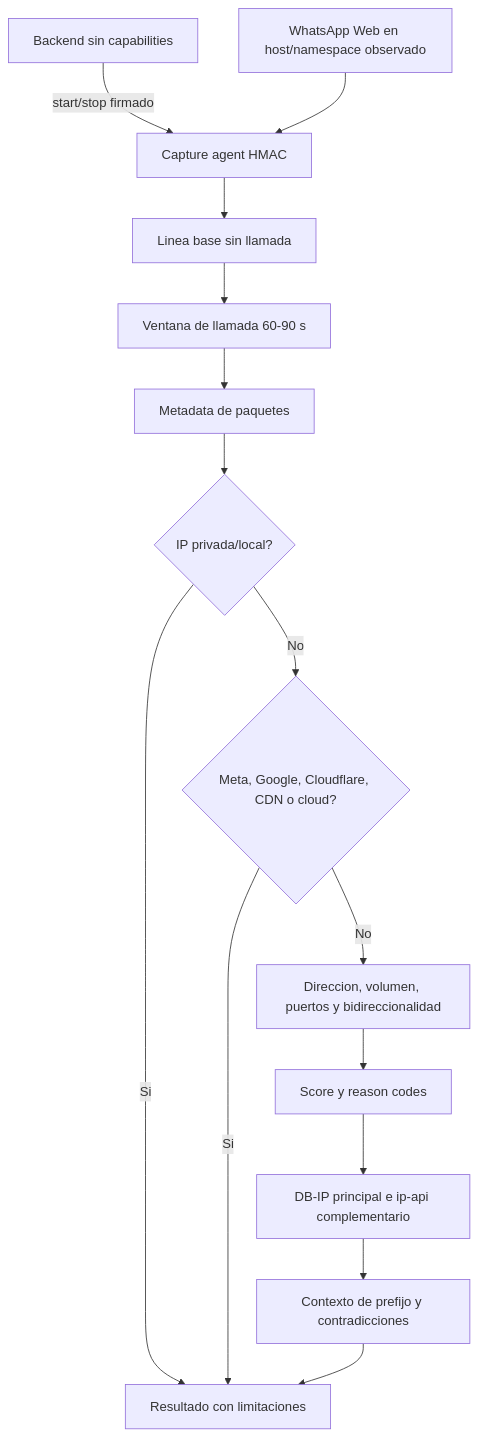
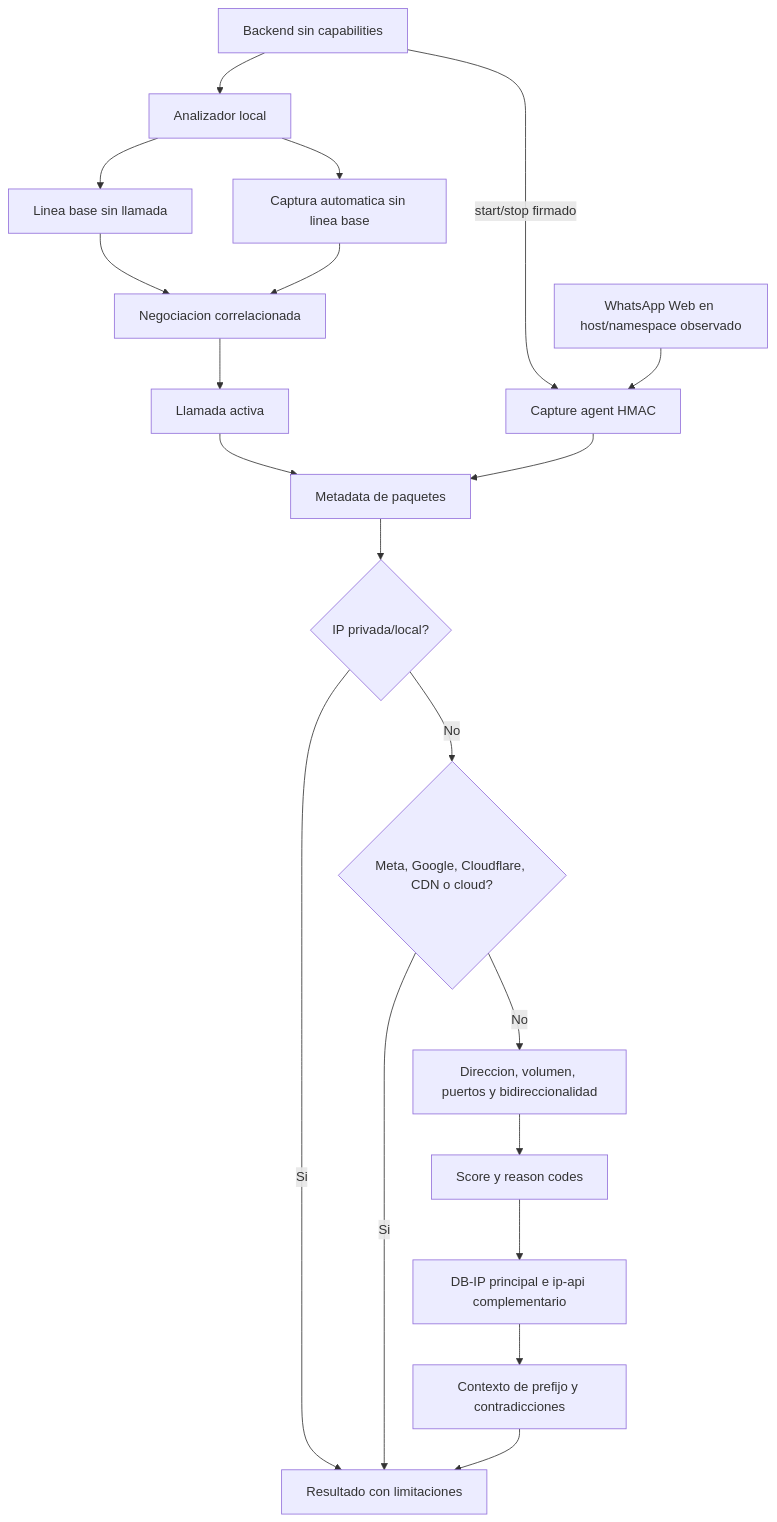
The diagram in docs/diagrams/08-call-analysis.md (deco31416/wp-monitor), drawn with Mermaid before and after one commit. The commit also changed 15 other files, not shown here.

````diff
--- a/docs/diagrams/08-call-analysis.md
+++ b/docs/diagrams/08-call-analysis.md
@@ -9,24 +9,30 @@
 ```mermaid
 flowchart TD
     Browser[WhatsApp Web en host/namespace observado]
     Backend[Backend sin capabilities]
+    Local[Analizador local]
     Agent[Capture agent HMAC]
     Baseline[Linea base sin llamada]
-    Window[Ventana de llamada 60-90 s]
+    Negotiation[Negociacion correlacionada]
+    Active[Llamada activa]
+    Auto[Captura automatica sin linea base]
     Packets[Metadata de paquetes]
     Private{IP privada/local?}
     Known{Meta, Google, Cloudflare, CDN o cloud?}
     Flow[Direccion, volumen, puertos y bidireccionalidad]
     Score[Score y reason codes]
     Geo[DB-IP principal e ip-api complementario]
     Consistency[Contexto de prefijo y contradicciones]
     Result[Resultado con limitaciones]
 
     Backend -->|start/stop firmado| Agent
+    Backend --> Local
     Browser --> Agent
-    Agent --> Baseline --> Window --> Packets --> Private
+    Local --> Baseline --> Negotiation --> Active --> Packets --> Private
+    Local --> Auto --> Negotiation
+    Agent --> Packets
     Private -->|Si| Result
     Private -->|No| Known
     Known -->|Si| Result
     Known -->|No| Flow --> Score --> Geo --> Consistency --> Result
 ```
````
